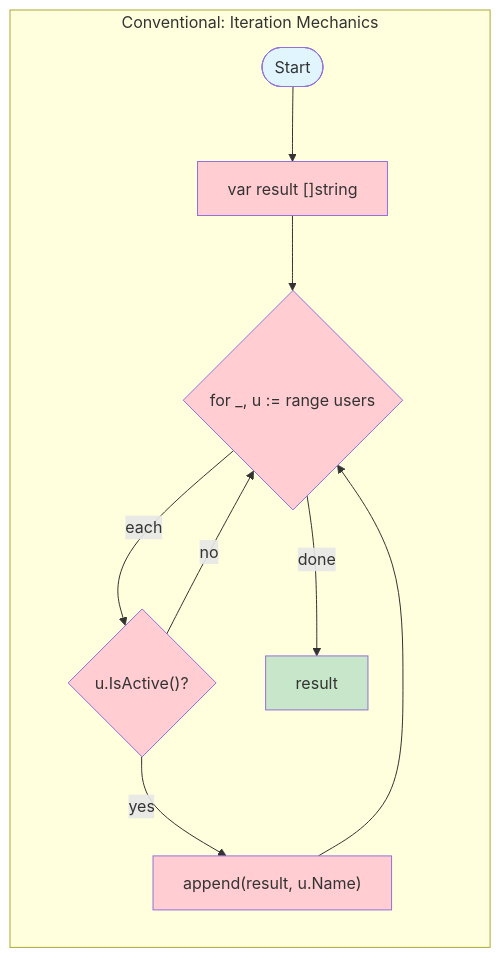
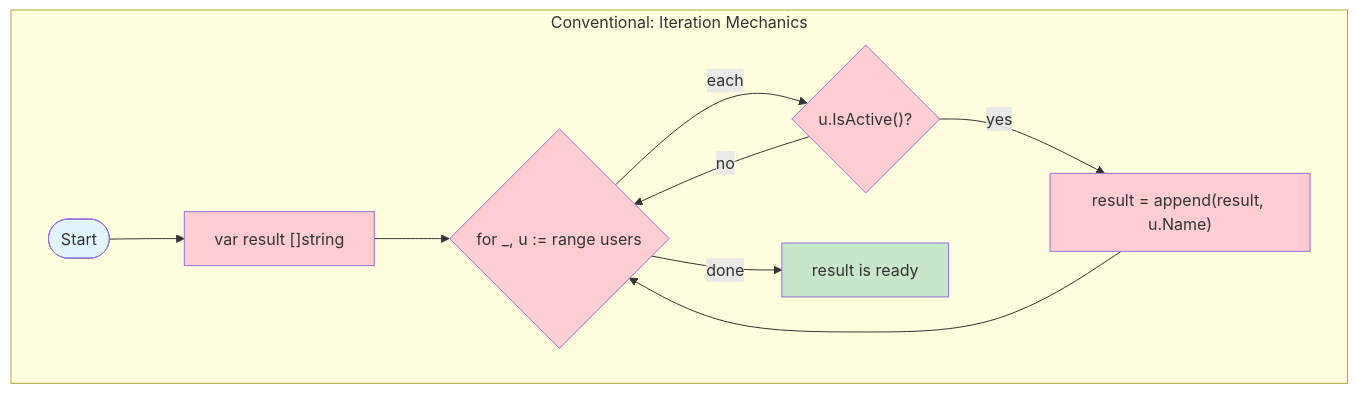
One commit to binaryphile/fluentfp changed the first of 4 diagrams in analysis.md. Above: the diagram before and after it, drawn with Mermaid.

Commit message:
Revert conventional diagram to vertical (TD)
LR didn't render differently, back to original vertical layout.

🤖 Generated with [Claude Code](https://claude.com/claude-code)

````diff
--- a/analysis.md
+++ b/analysis.md
@@ -9,19 +9,19 @@
 ```mermaid
-flowchart LR
+flowchart TD
     subgraph Conventional["Conventional: Iteration Mechanics"]
         S([Start]) --> I["var result []string"]
         I --> L{"for _, u := range users"}
         L -->|each| C{"u.IsActive()?"}
-        C -->|yes| AP["append(result, u.Name)"]
+        C -->|yes| AP["result = append(result, u.Name)"]
         C -->|no| L
         AP --> L
-        L -->|done| R["result"]
+        L -->|done| R["result is ready"]
     end
 
     style S fill:#e1f5fe
     style R fill:#c8e6c9
     style I fill:#ffcdd2
     style L fill:#ffcdd2
     style C fill:#ffcdd2
     style AP fill:#ffcdd2
 ```
````
